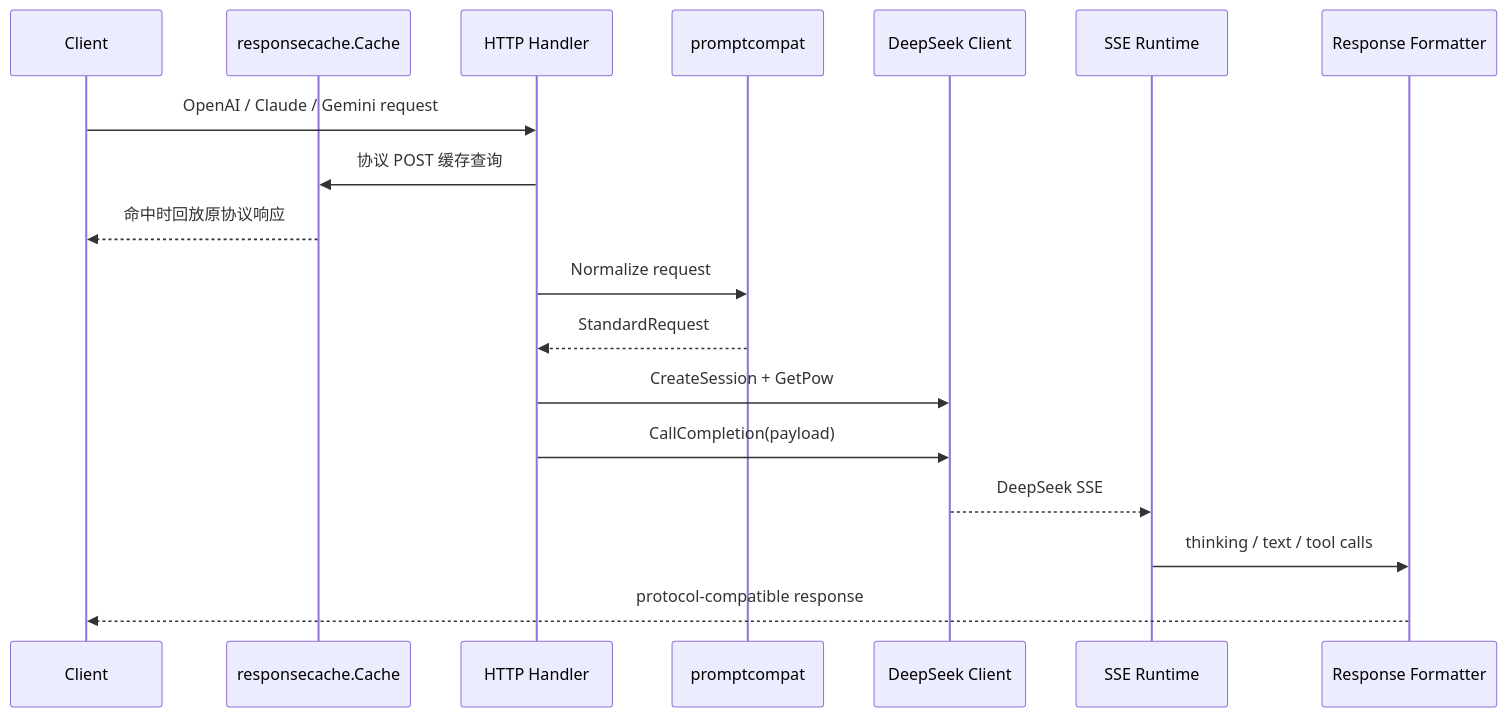
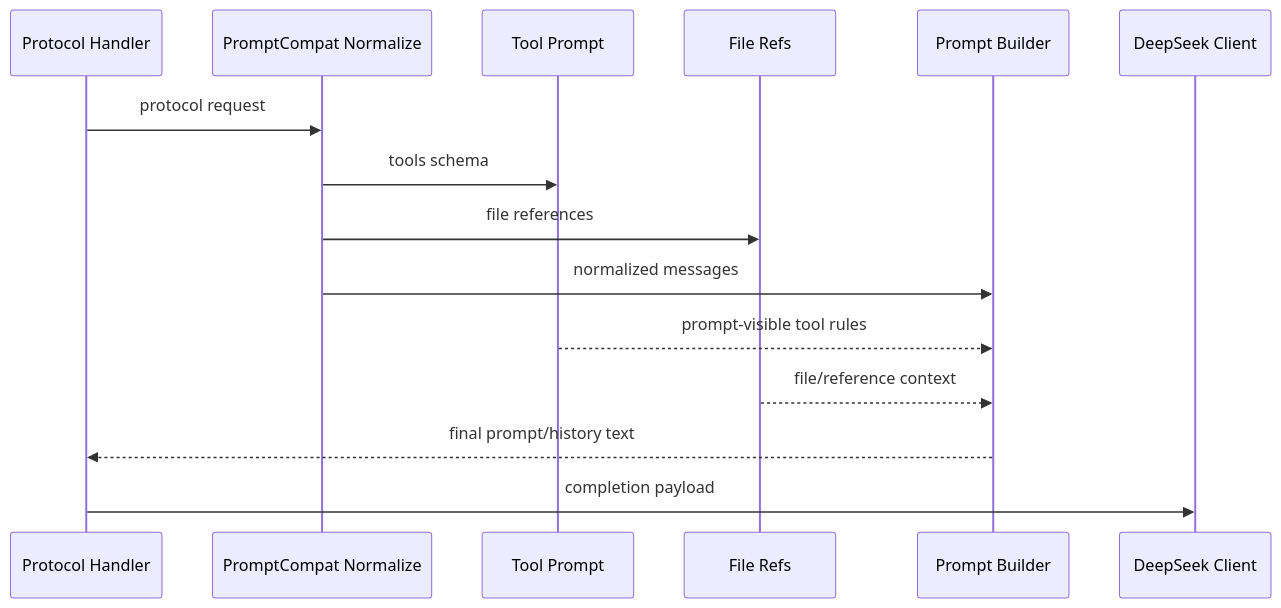
One commit to marklove5102/DeepSeek_Web_To_API changed the second of 2 diagrams in docs/prompt-compatibility.md. Above: the diagram before and after it, drawn with Mermaid. The commit also changed other lines of this file and 27 other files, not shown here.

````diff
--- a/docs/prompt-compatibility.md
+++ b/docs/prompt-compatibility.md
@@ -131,20 +90,17 @@
 ```mermaid
 sequenceDiagram
-participant C as Client
-participant Cache as responsecache.Cache
-participant H as HTTP Handler
-participant P as promptcompat
-participant D as DeepSeek Client
-participant S as SSE Runtime
-participant F as Response Formatter
-C->>H: OpenAI / Claude / Gemini request
-H->>Cache: 协议 POST 缓存查询
-Cache-->>C: 命中时回放原协议响应
-H->>P: Normalize request
-P-->>H: StandardRequest
-H->>D: CreateSession + GetPow
-H->>D: CallCompletion(payload)
-D-->>S: DeepSeek SSE
-S->>F: thinking / text / tool calls
-F-->>C: protocol-compatible response
+participant Surface as Protocol Handler
+participant Normalize as PromptCompat Normalize
+participant Tool as Tool Prompt
+participant Files as File Refs
+participant Build as Prompt Builder
+participant DS as DeepSeek Client
+Surface->>Normalize: protocol request
+Normalize->>Tool: tools schema
+Normalize->>Files: file references
+Normalize->>Build: normalized messages
+Tool-->>Build: prompt-visible tool rules
+Files-->>Build: file/reference context
+Build-->>Surface: final prompt/history text
+Surface->>DS: completion payload
 ```
````
